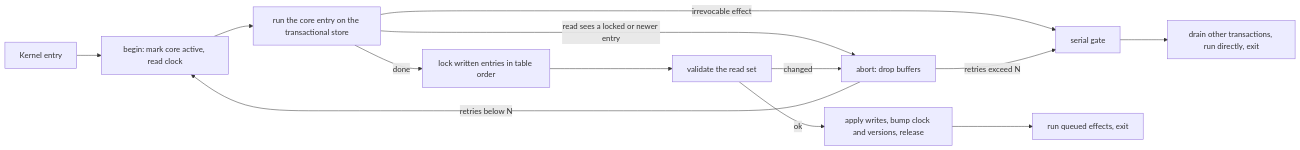
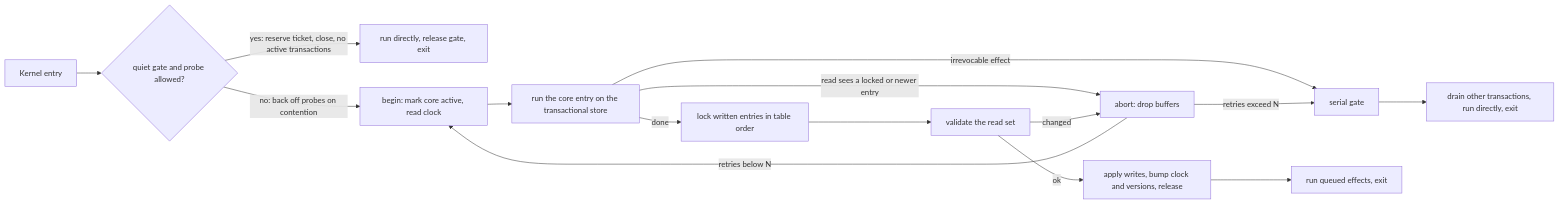
One commit to CommaBot/FL4 changed the diagram in DESIGN.md. Above: the diagram before and after it, drawn with Mermaid. The commit also changed other lines of this file and 6 other files, not shown here.

````diff
--- a/DESIGN.md
+++ b/DESIGN.md
@@ -291,15 +291,17 @@
 ``` mermaid
 flowchart LR
-  E[Kernel entry] --> B[begin: mark core active, read clock]
+  E[Kernel entry] --> P{quiet gate and probe allowed?}
+  P -->|yes: reserve ticket, close, no active transactions| Q[run directly, release gate, exit]
+  P -->|no: back off probes on contention| B[begin: mark core active, read clock]
   B --> R[run the core entry on the transactional store]
   R -->|read sees a locked or newer entry| A[abort: drop buffers]
   R -->|irrevocable effect| S[serial gate]
   R -->|done| C[lock written entries in table order]
   C --> V[validate the read set]
   V -->|changed| A
   V -->|ok| W[apply writes, bump clock and versions, release]
   W --> F[run queued effects, exit]
   A -->|retries below N| B
   A -->|retries exceed N| S
   S --> D[drain other transactions, run directly, exit]
 ```
````
